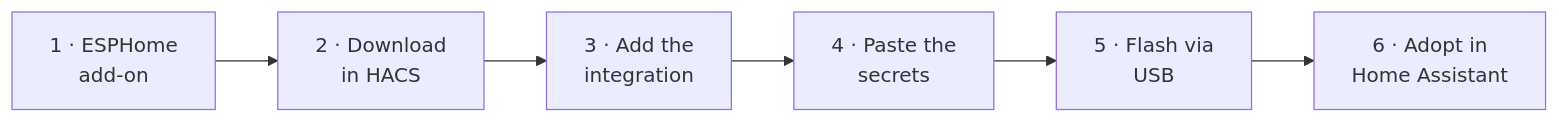
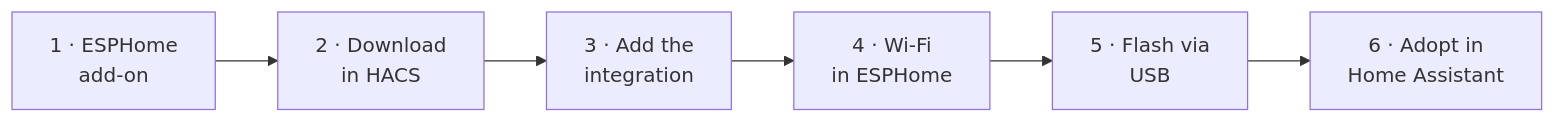
Before and after one commit to Aggro600/ESPHomeRemote: the diagram in README.md, drawn with Mermaid. The commit also changed other lines of this file and 16 other files, not shown here.

````diff
--- a/README.md
+++ b/README.md
@@ -259,4 +259,4 @@
 ```mermaid
 flowchart LR
-  A["1 · ESPHome<br/>add-on"] --> B["2 · Download<br/>in HACS"] --> C["3 · Add the<br/>integration"] --> D["4 · Paste the<br/>secrets"] --> E["5 · Flash via<br/>USB"] --> F["6 · Adopt in<br/>Home Assistant"]
+  A["1 · ESPHome<br/>add-on"] --> B["2 · Download<br/>in HACS"] --> C["3 · Add the<br/>integration"] --> D["4 · Wi-Fi<br/>in ESPHome"] --> E["5 · Flash via<br/>USB"] --> F["6 · Adopt in<br/>Home Assistant"]
 ```
````
